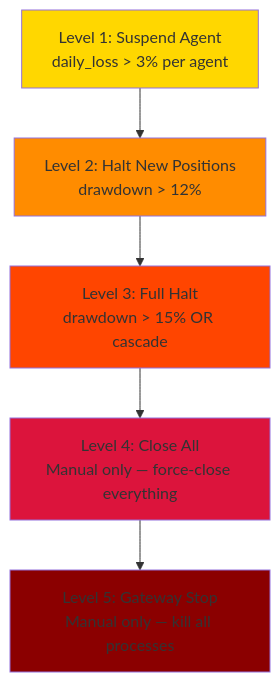
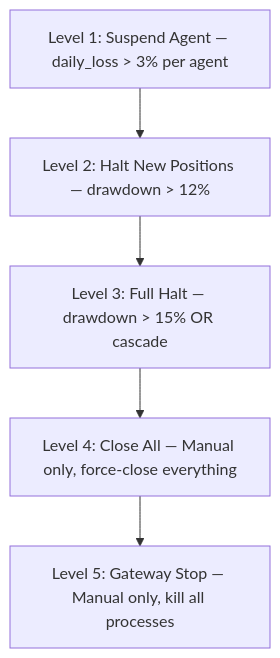
The seventh of 7 diagrams in docs/SYSTEM_ARCHITECTURE.md (investlink-ai/feynman-engine), drawn with Mermaid before and after one commit. The commit also changed other lines of this file and 48 other files, not shown here.

````diff
--- a/docs/SYSTEM_ARCHITECTURE.md
+++ b/docs/SYSTEM_ARCHITECTURE.md
@@ -354,19 +353,13 @@
 ```mermaid
 graph TD
-    L1[Level 1: Suspend Agent<br/>daily_loss > 3% per agent]
-    L2[Level 2: Halt New Positions<br/>drawdown > 12%]
-    L3[Level 3: Full Halt<br/>drawdown > 15% OR cascade]
-    L4[Level 4: Close All<br/>Manual only — force-close everything]
-    L5[Level 5: Gateway Stop<br/>Manual only — kill all processes]
+    L1["Level 1: Suspend Agent — daily_loss > 3% per agent"]
+    L2["Level 2: Halt New Positions — drawdown > 12%"]
+    L3["Level 3: Full Halt — drawdown > 15% OR cascade"]
+    L4["Level 4: Close All — Manual only, force-close everything"]
+    L5["Level 5: Gateway Stop — Manual only, kill all processes"]
 
     L1 --> L2
     L2 --> L3
     L3 --> L4
     L4 --> L5
-
-    style L1 fill:#ffd700
-    style L2 fill:#ff8c00
-    style L3 fill:#ff4500
-    style L4 fill:#dc143c
-    style L5 fill:#8b0000
 ```
````
